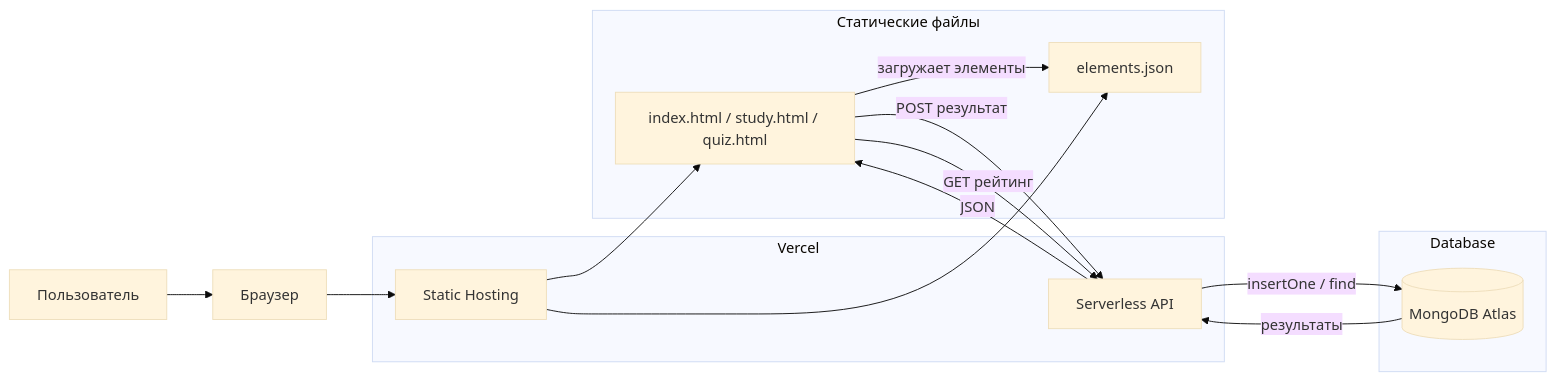
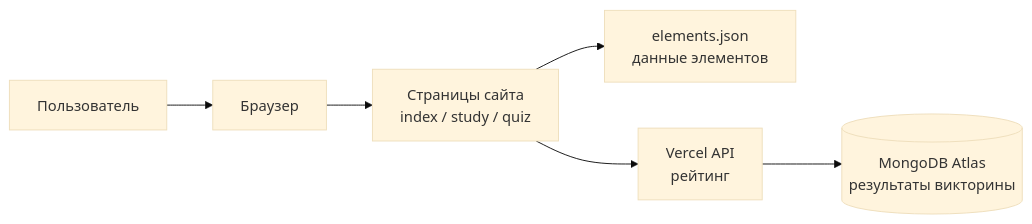
Before and after one commit to becta31/himik-vercel-api: the diagram in README.md, drawn with Mermaid (base theme).

````diff
--- a/README.md
+++ b/README.md
@@ -89,30 +89,8 @@
 ```mermaid
 flowchart LR
     U[Пользователь] --> B[Браузер]
-
-    subgraph Vercel[Vercel]
-        H[Static Hosting]
-        API[Serverless API]
-    end
-
-    subgraph Static[Статические файлы]
-        HTML[index.html / study.html / quiz.html]
-        DATA[elements.json]
-    end
-
-    subgraph DB[Database]
-        M[(MongoDB Atlas)]
-    end
-
-    B --> H
-    H --> HTML
-    H --> DATA
-
-    HTML -->|загружает элементы| DATA
-    HTML -->|POST результат| API
-    HTML -->|GET рейтинг| API
-
-    API -->|insertOne / find| M
-    M -->|результаты| API
-    API -->|JSON| HTML
+    B --> S[Страницы сайта<br/>index / study / quiz]
+    S --> D[elements.json<br/>данные элементов]
+    S --> API[Vercel API<br/>рейтинг]
+    API --> DB[(MongoDB Atlas<br/>результаты викторины)]
 ```
````
